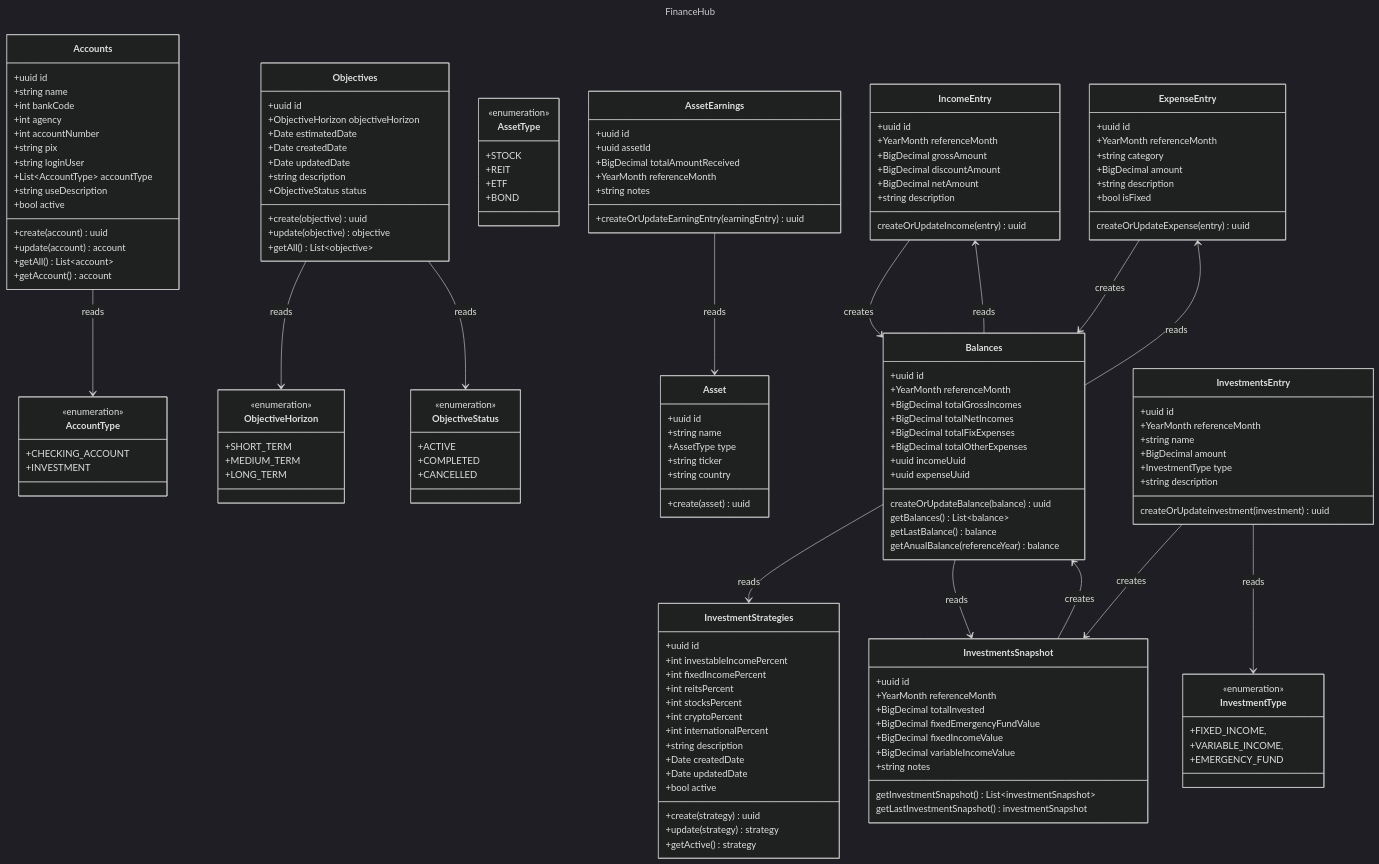
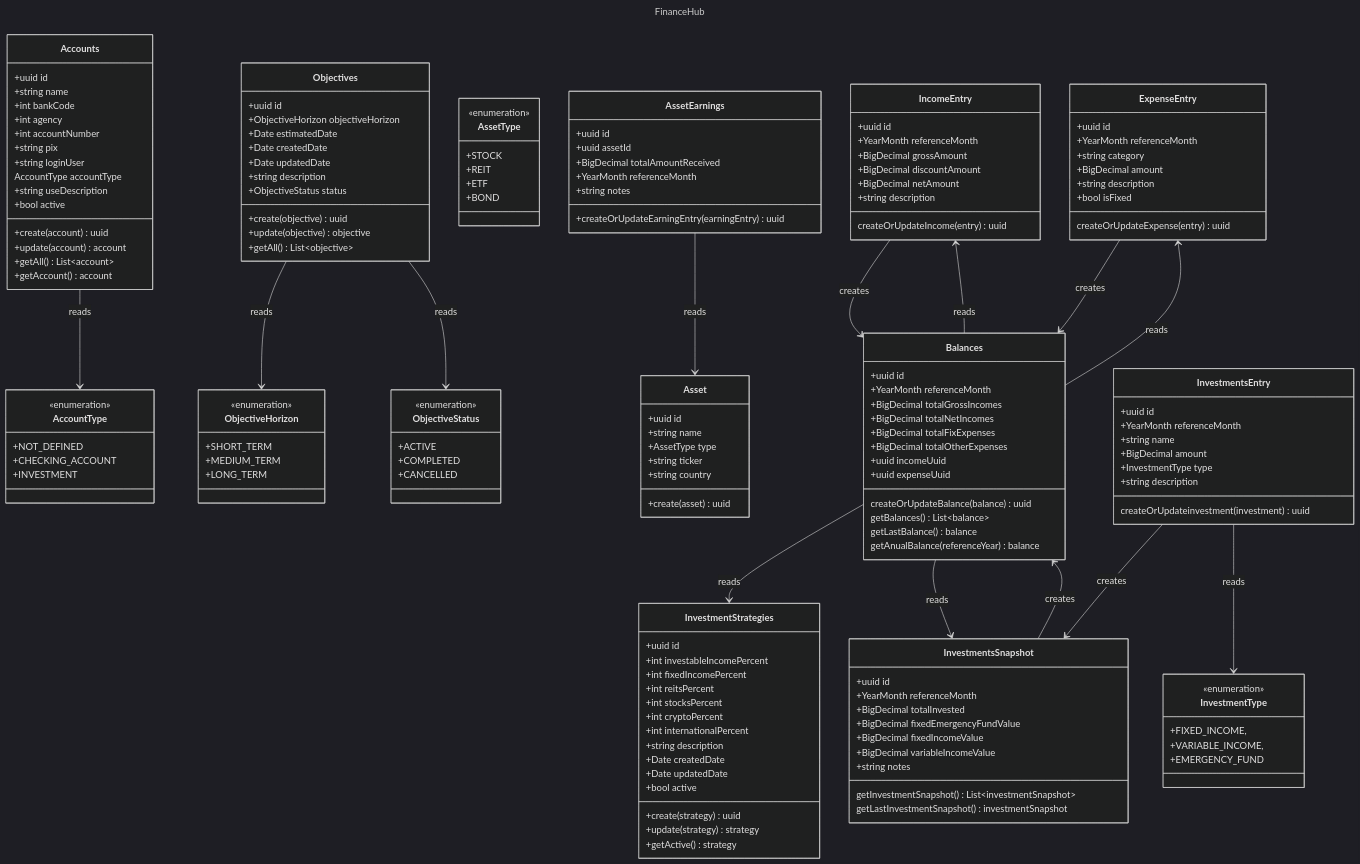
The diagram in mermaid_diagram.mmd (msantosfelipe/financehub), drawn with Mermaid (dark theme) before and after one commit. The commit also changed 2 other files, not shown here.

```diff
--- a/mermaid_diagram.mmd
+++ b/mermaid_diagram.mmd
@@ -1,175 +1,176 @@
 ---
 title: FinanceHub
 ---
 classDiagram
 class Accounts {
     +uuid id
     +string name
     +int bankCode
     +int agency
     +int accountNumber
     +string pix
     +string loginUser
-    +List~AccountType~ accountType
+    AccountType accountType
     +string useDescription
     +bool active
 
     +create(account) uuid
     +update(account) account
     +getAll() List~account~
     +getAccount() account
 }
 class AccountType {
     <<enumeration>>
+    +NOT_DEFINED
     +CHECKING_ACCOUNT
     +INVESTMENT
 }
 Accounts --> AccountType : reads
 
 
 class Objectives {
     +uuid id
     +ObjectiveHorizon objectiveHorizon
     +Date estimatedDate
     +Date createdDate
     +Date updatedDate
     +string description
     +ObjectiveStatus status
 
     +create(objective) uuid
     +update(objective) objective
     +getAll() List~objective~
 }
 class ObjectiveHorizon {
     <<enumeration>>
     +SHORT_TERM
     +MEDIUM_TERM
     +LONG_TERM
 }
 class ObjectiveStatus {
     <<enumeration>>
     +ACTIVE
     +COMPLETED
     +CANCELLED
 }
 Objectives --> ObjectiveHorizon : reads
 Objectives --> ObjectiveStatus : reads
 
 
 class Asset {
     +uuid id
     +string name
     +AssetType type
     +string ticker
     +string country
 
     +create(asset) uuid
 }
 class AssetType {
     <<enumeration>>
     +STOCK
     +REIT
     +ETF
     +BOND
 }
 class AssetEarnings {
     +uuid id
     +uuid assetId
     +BigDecimal totalAmountReceived
     +YearMonth referenceMonth
     +string notes
 
     +createOrUpdateEarningEntry(earningEntry) uuid
 }
 AssetEarnings --> Asset : reads
 
 
 class IncomeEntry {
     +uuid id
     +YearMonth referenceMonth
     +BigDecimal grossAmount
     +BigDecimal discountAmount
     +BigDecimal netAmount
     +string description
 
     createOrUpdateIncome(entry) uuid
 }
 class ExpenseEntry {
     +uuid id
     +YearMonth referenceMonth
     +string category
     +BigDecimal amount
     +string description
     +bool isFixed
 
     createOrUpdateExpense(entry) uuid
 }
 class Balances {
     +uuid id
     +YearMonth referenceMonth
     +BigDecimal totalGrossIncomes
     +BigDecimal totalNetIncomes
     +BigDecimal totalFixExpenses
     +BigDecimal totalOtherExpenses
     +uuid incomeUuid
     +uuid expenseUuid
 
     createOrUpdateBalance(balance) uuid
     getBalances() List~balance~
     getLastBalance() balance
     getAnualBalance(referenceYear) balance
 }
 class InvestmentStrategies {
     +uuid id
     +int investableIncomePercent
     +int fixedIncomePercent
     +int reitsPercent
     +int stocksPercent
     +int cryptoPercent
     +int internationalPercent
     +string description
     +Date createdDate
     +Date updatedDate
     +bool active
 
     +create(strategy) uuid
     +update(strategy) strategy
     +getActive() strategy
 }
 class InvestmentsEntry {
     +uuid id
     +YearMonth referenceMonth
     +string name
     +BigDecimal amount
     +InvestmentType type
     +string description
 
     createOrUpdateinvestment(investment) uuid
 }
 class InvestmentType {
     <<enumeration>>
     +FIXED_INCOME,
     +VARIABLE_INCOME,
     +EMERGENCY_FUND
 }
 class InvestmentsSnapshot {
     +uuid id
     +YearMonth referenceMonth
     +BigDecimal totalInvested
     +BigDecimal fixedEmergencyFundValue
     +BigDecimal fixedIncomeValue
     +BigDecimal variableIncomeValue
     +string notes
 
     getInvestmentSnapshot() List~investmentSnapshot~
     getLastInvestmentSnapshot() investmentSnapshot
 }
 IncomeEntry --> Balances : creates
 IncomeEntry <-- Balances : reads
 ExpenseEntry --> Balances : creates
 ExpenseEntry <-- Balances : reads
 Balances --> InvestmentStrategies : reads
 Balances --> InvestmentsSnapshot : reads
 Balances <-- InvestmentsSnapshot : creates
 InvestmentsEntry --> InvestmentType : reads
 InvestmentsEntry --> InvestmentsSnapshot : creates
```
